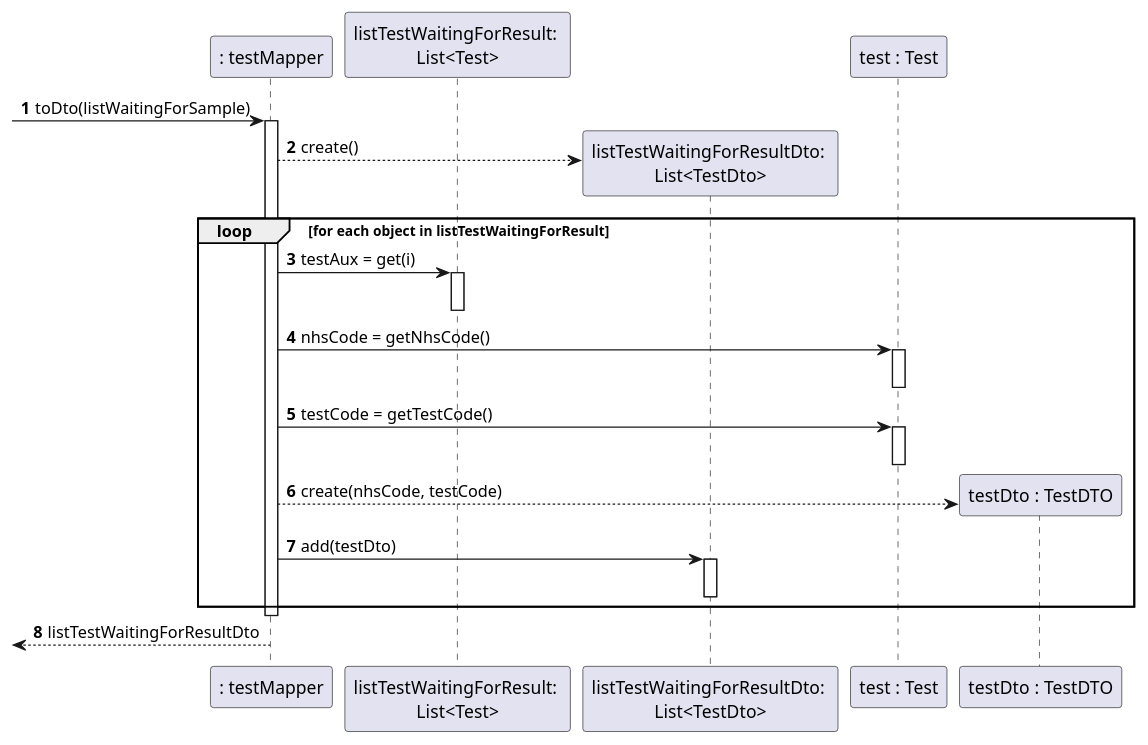
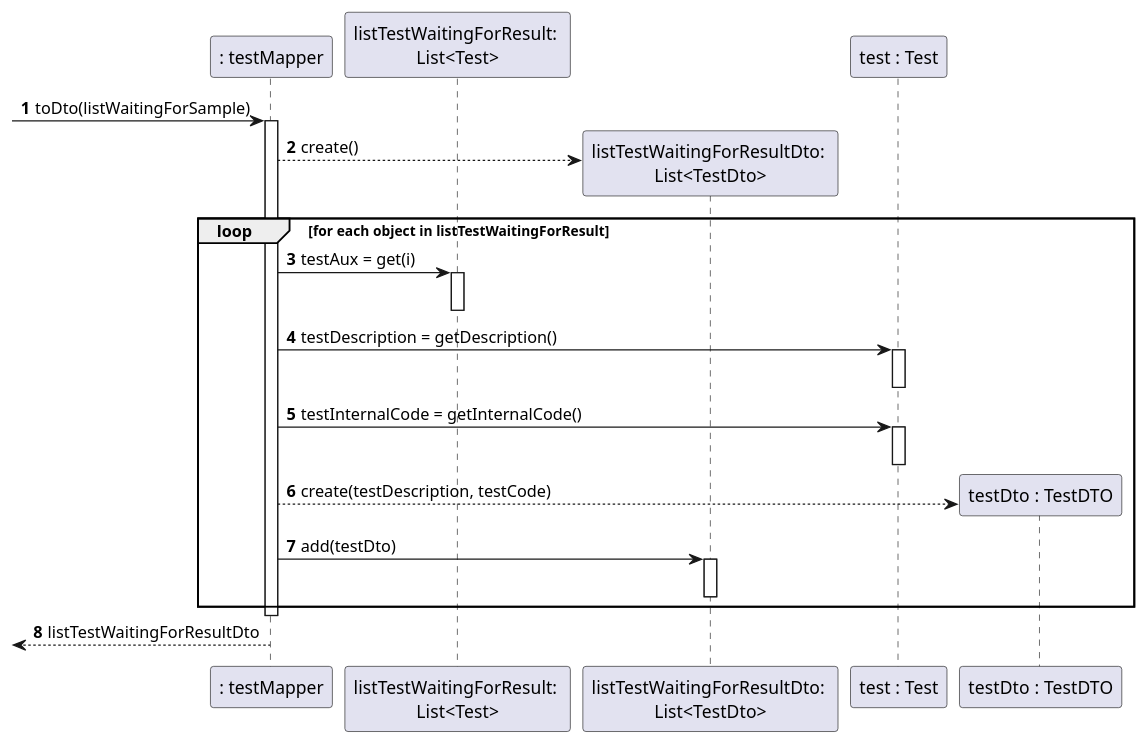
The diagram in docs/SprintC/US05/SD_TestMapper_toDto_List.puml (manu-07-ela/LAPR2_ISEP), drawn with PlantUML before and after one commit. The commit also changed 32 other files, not shown here.

```diff
--- a/docs/SprintC/US05/SD_TestMapper_toDto_List.puml
+++ b/docs/SprintC/US05/SD_TestMapper_toDto_List.puml
@@ -1,33 +1,33 @@
 @startuml
 'https://plantuml.com/sequence-diagram
 'hide footbox
 autonumber
 
 participant ": testMapper" as MAPPER
 participant "listTestWaitingForResult: \nList<Test>" as LWFR
 participant "listTestWaitingForResultDto: \nList<TestDto>" as LWFRDTO
 participant "test : Test" as TEST
 participant "testDto : TestDTO" as TESTDTO
 
 -> MAPPER : toDto(listWaitingForSample)
 activate MAPPER
 MAPPER --> LWFRDTO** : create()
 loop for each object in listTestWaitingForResult
 MAPPER -> LWFR : testAux = get(i)
 activate LWFR
 deactivate LWFR
-MAPPER -> TEST : nhsCode = getNhsCode()
+MAPPER -> TEST : testDescription = getDescription()
 activate TEST
 deactivate TEST
-MAPPER -> TEST : testCode = getTestCode()
+MAPPER -> TEST : testInternalCode = getInternalCode()
 activate TEST
 deactivate TEST
-MAPPER --> TESTDTO** : create(nhsCode, testCode)
+MAPPER --> TESTDTO** : create(testDescription, testCode)
 MAPPER -> LWFRDTO : add(testDto)
 activate LWFRDTO
 deactivate LWFRDTO
 end
 deactivate MAPPER
 <-- MAPPER : listTestWaitingForResultDto
 
 @enduml
```
